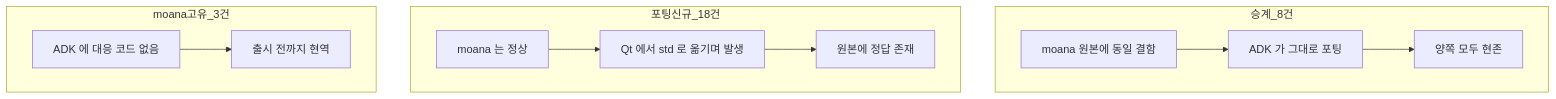
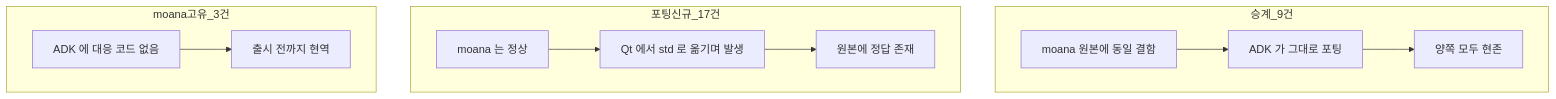
One commit to beomsikpark/healcerion-platform changed the diagram in docs/refactoring/r1/code-defects.md. Above: the diagram before and after it, drawn with Mermaid. The commit also changed other lines of this file and 4 other files, not shown here.

````diff
--- a/docs/refactoring/r1/code-defects.md
+++ b/docs/refactoring/r1/code-defects.md
@@ -29,20 +29,20 @@
 ```mermaid
 flowchart TB
-    subgraph 승계_8건
+    subgraph 승계_9건
         s1[moana 원본에 동일 결함]
         s2[ADK 가 그대로 포팅]
         s3[양쪽 모두 현존]
     end
-    subgraph 포팅신규_18건
+    subgraph 포팅신규_17건
         n1[moana 는 정상]
         n2[Qt 에서 std 로 옮기며 발생]
         n3[원본에 정답 존재]
     end
     subgraph moana고유_3건
         m1[ADK 에 대응 코드 없음]
         m2[출시 전까지 현역]
     end
     s1 --> s2 --> s3
     n1 --> n2 --> n3
     m1 --> m2
 ```
````
